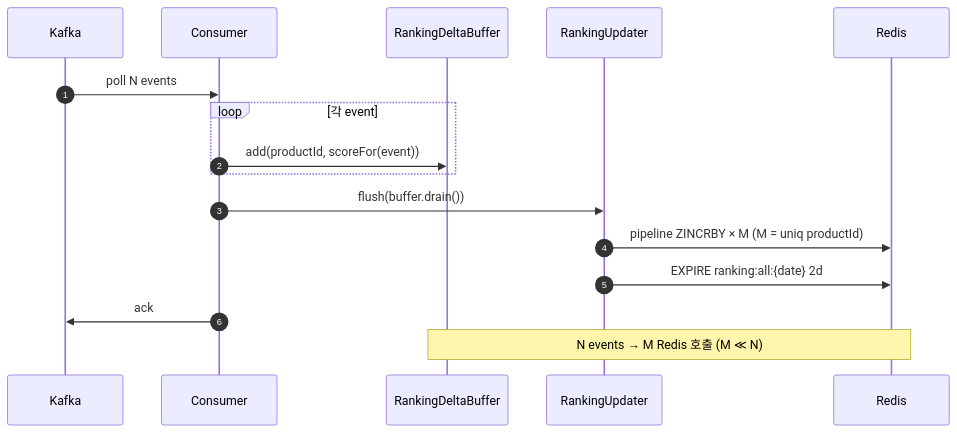
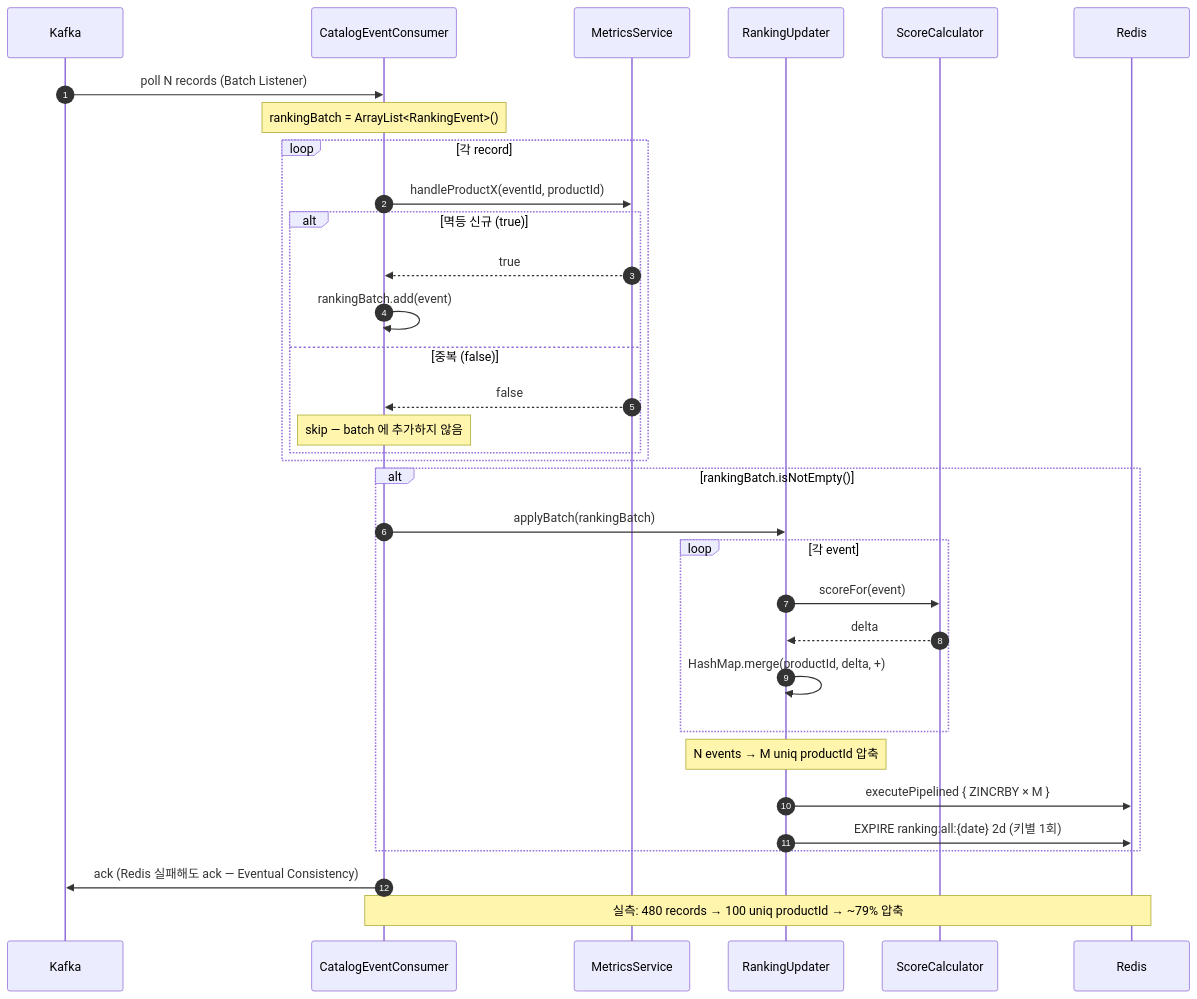
One commit to Loopers-dev-lab/loop-pack-be-l2-vol3-kotlin changed the sixth of 8 diagrams in week_notes/week-9.md. Above: the diagram before and after it, drawn with Mermaid. The commit also changed other lines of this file and 1 other file, not shown here.

Commit message:
[DOCS] week-9 PR 노트 작성 & 시퀀스 다이어그램 상세화

````diff
--- a/week_notes/week-9.md
+++ b/week_notes/week-9.md
@@ -203,19 +402,39 @@
 ```mermaid
 sequenceDiagram
     autonumber
     participant Kafka
-    participant Consumer
-    participant Buffer as RankingDeltaBuffer
+    participant Consumer as CatalogEventConsumer
+    participant Metrics as MetricsService
     participant Updater as RankingUpdater
+    participant Calc as ScoreCalculator
     participant Redis
 
-    Kafka->>Consumer: poll N events
-    loop 각 event
-        Consumer->>Buffer: add(productId, scoreFor(event))
+    Kafka->>Consumer: poll N records (Batch Listener)
+    Note over Consumer: rankingBatch = ArrayList<RankingEvent>()
+
+    loop 각 record
+        Consumer->>Metrics: handleProductX(eventId, productId)
+        alt 멱등 신규 (true)
+            Metrics-->>Consumer: true
+            Consumer->>Consumer: rankingBatch.add(event)
+        else 중복 (false)
+            Metrics-->>Consumer: false
+            Note over Consumer: skip — batch 에 추가하지 않음
+        end
     end
-    Consumer->>Updater: flush(buffer.drain())
-    Updater->>Redis: pipeline ZINCRBY × M (M = uniq productId)
-    Updater->>Redis: EXPIRE ranking:all:{date} 2d
-    Consumer->>Kafka: ack
-    Note over Buffer,Redis: N events → M Redis 호출 (M ≪ N)
+
+    alt rankingBatch.isNotEmpty()
+        Consumer->>Updater: applyBatch(rankingBatch)
+        loop 각 event
+            Updater->>Calc: scoreFor(event)
+            Calc-->>Updater: delta
+            Updater->>Updater: HashMap.merge(productId, delta, +)
+        end
+        Note over Updater: N events → M uniq productId 압축
+        Updater->>Redis: executePipelined { ZINCRBY × M }
+        Updater->>Redis: EXPIRE ranking:all:{date} 2d (키별 1회)
+    end
+
+    Consumer->>Kafka: ack (Redis 실패해도 ack — Eventual Consistency)
+    Note over Consumer,Redis: 실측: 480 records → 100 uniq productId → ~79% 압축
 ```
````
